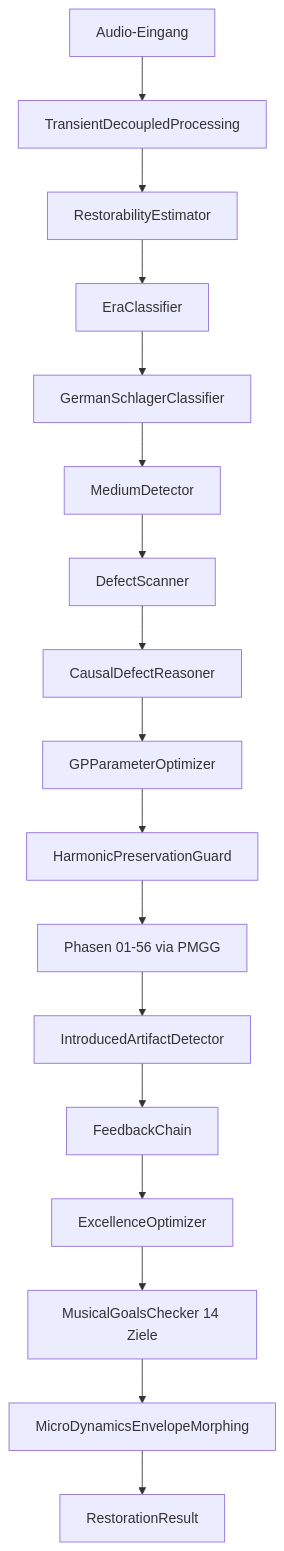
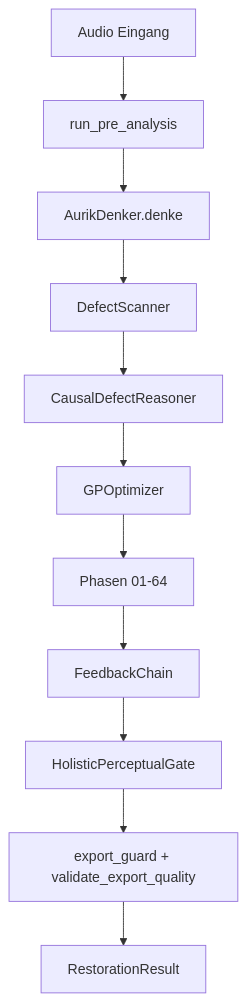
Before and after one commit to michaelarnold2307/Aurik_10.0.3: the diagram in docs/architecture/ARCHITECTURE.md, drawn with Mermaid. The commit also changed other lines of this file and 129 other files, not shown here.

````diff
--- a/docs/architecture/ARCHITECTURE.md
+++ b/docs/architecture/ARCHITECTURE.md
@@ -27,19 +40,13 @@
 ```mermaid
 flowchart TD
-    IN[Audio-Eingang] --> TDP[TransientDecoupledProcessing]
-    TDP --> RE[RestorabilityEstimator]
-    RE --> ERA[EraClassifier]
-    ERA --> SCHLAGER[GermanSchlagerClassifier]
-    SCHLAGER --> MC[MediumDetector]
-    MC --> DS[DefectScanner]
+    IN[Audio Eingang] --> PRE[run_pre_analysis]
+    PRE --> DENKER[AurikDenker.denke]
+    DENKER --> DS[DefectScanner]
     DS --> CDR[CausalDefectReasoner]
-    CDR --> GP[GPParameterOptimizer]
-    GP --> HPG[HarmonicPreservationGuard]
-    HPG --> PHASES[Phasen 01-56 via PMGG]
-    PHASES --> IAD[IntroducedArtifactDetector]
-    IAD --> FC[FeedbackChain]
-    FC --> EO[ExcellenceOptimizer]
-    EO --> MGC[MusicalGoalsChecker 14 Ziele]
-    MGC --> MDEM[MicroDynamicsEnvelopeMorphing]
-    MDEM --> OUT[RestorationResult]
+    CDR --> GP[GPOptimizer]
+    GP --> PHASES[Phasen 01-64]
+    PHASES --> FC[FeedbackChain]
+    FC --> HPG[HolisticPerceptualGate]
+    HPG --> EX[export_guard + validate_export_quality]
+    EX --> OUT[RestorationResult]
 ```
````
